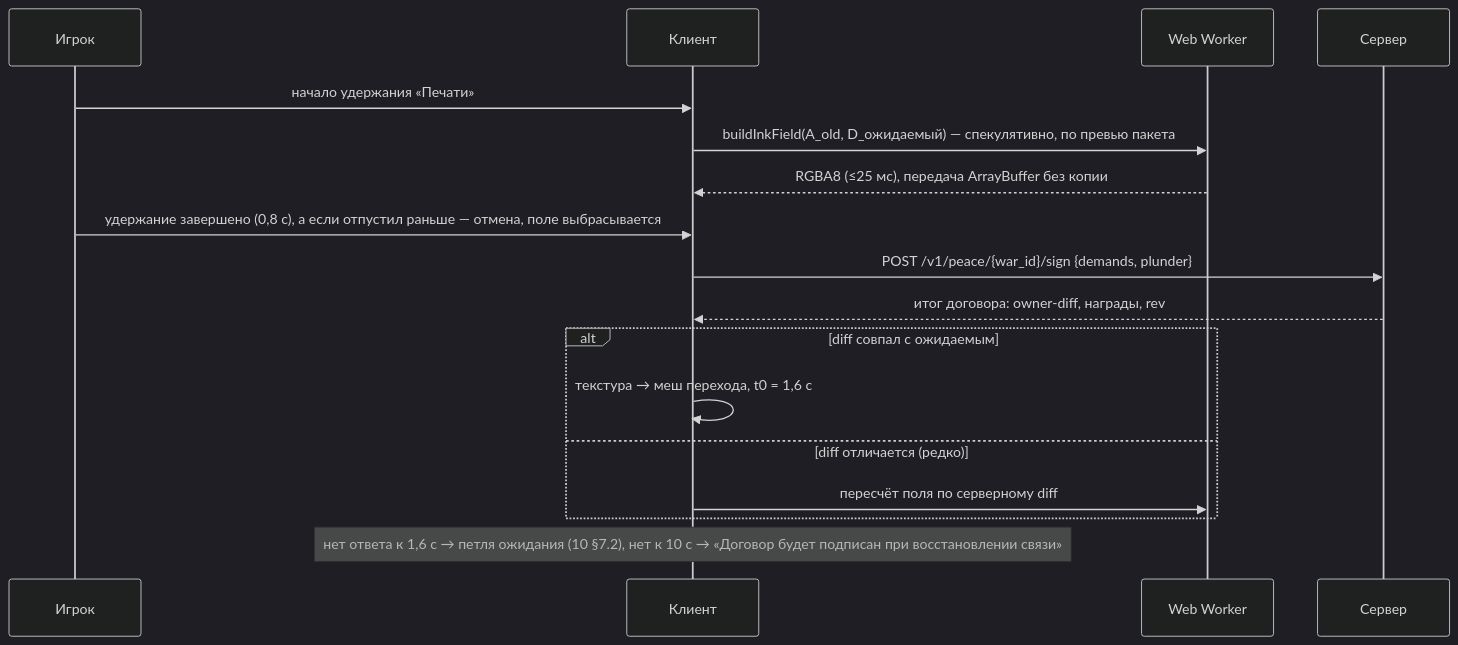
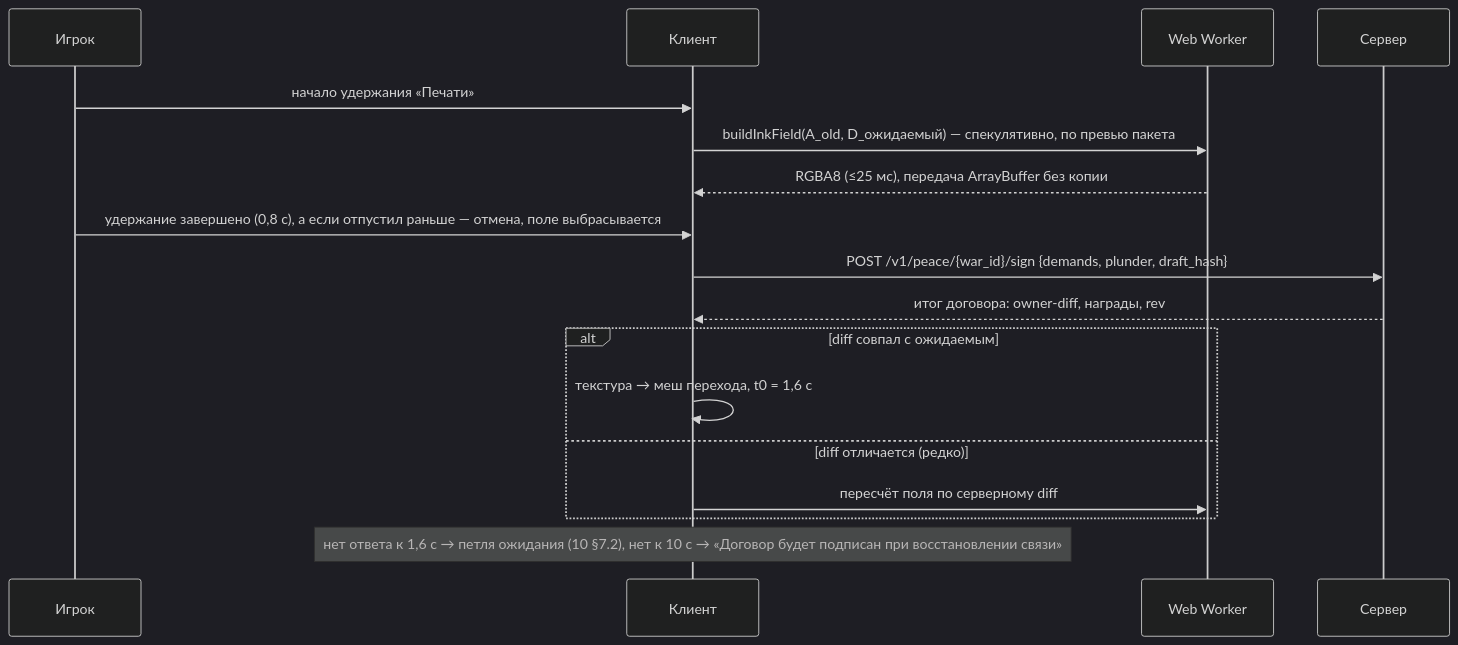
Before and after one commit to kaboomenko/Raivon: the fifth of 14 diagrams in docs/gdd/12_tech_analytics_roadmap.md, drawn with Mermaid (dark theme). The commit also changed other lines of this file and 12 other files, not shown here.

````diff
--- a/docs/gdd/12_tech_analytics_roadmap.md
+++ b/docs/gdd/12_tech_analytics_roadmap.md
@@ -556,19 +568,19 @@
 ```mermaid
 sequenceDiagram
   participant U as Игрок
   participant C as Клиент
   participant W as Web Worker
   participant S as Сервер
   U->>C: начало удержания «Печати»
   C->>W: buildInkField(A_old, D_ожидаемый) — спекулятивно, по превью пакета
   W-->>C: RGBA8 (≤25 мс), передача ArrayBuffer без копии
   U->>C: удержание завершено (0,8 с), а если отпустил раньше — отмена, поле выбрасывается
-  C->>S: POST /v1/peace/{war_id}/sign {demands, plunder}
+  C->>S: POST /v1/peace/{war_id}/sign {demands, plunder, draft_hash}
   S-->>C: итог договора: owner-diff, награды, rev
   alt diff совпал с ожидаемым
     C->>C: текстура → меш перехода, t0 = 1,6 с
   else diff отличается (редко)
     C->>W: пересчёт поля по серверному diff
   end
   Note over C: нет ответа к 1,6 с → петля ожидания (10 §7.2), нет к 10 с → «Договор будет подписан при восстановлении связи»
 ```
````
